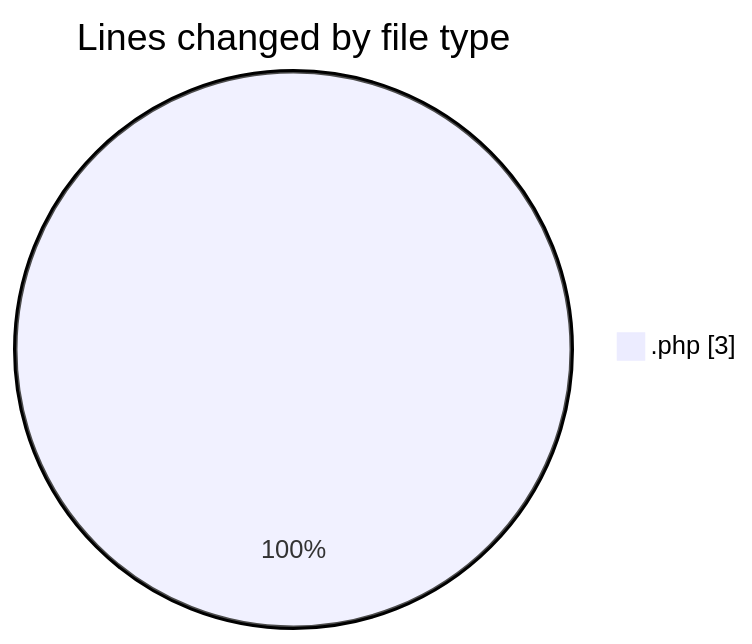
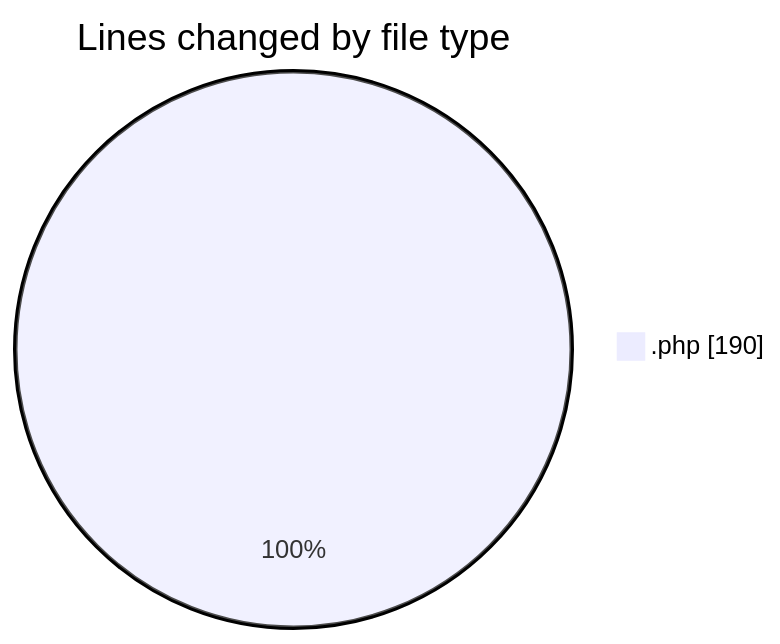
One commit to debugP/code-tracking changed the first of 2 diagrams in 2025-10-08/untitled__workspace_/README.md. Above: the diagram before and after it, drawn with Mermaid. The commit also changed other lines of this file and 1 other file, not shown here.

````diff
--- a/2025-10-08/untitled__workspace_/README.md
+++ b/2025-10-08/untitled__workspace_/README.md
@@ -20,5 +21,5 @@
 ```mermaid
 pie showData
 title Lines changed by file type
-".php" : 3
+".php" : 190
 ```
````
